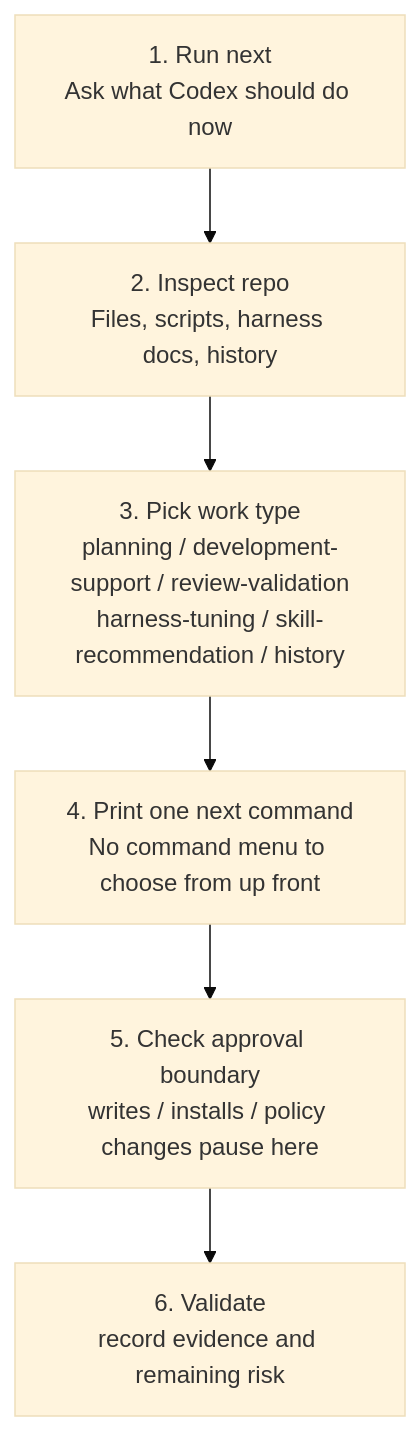
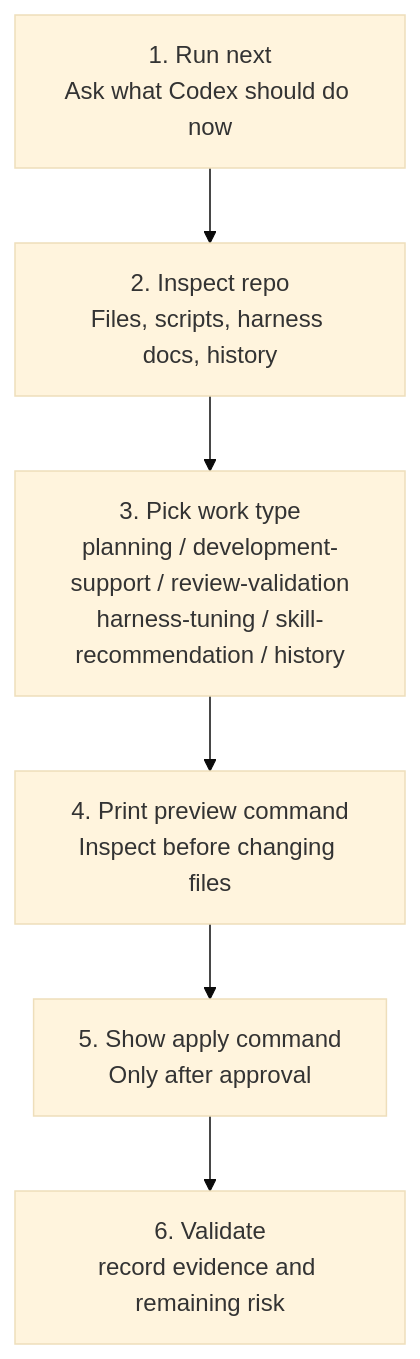
The diagram in README_EN.md (youngtae7280/repo-harness-tuner), drawn with Mermaid (base theme) before and after one commit. The commit also changed other lines of this file and 11 other files, not shown here.

Commit message:
Release v1.5.1 preview apply next UX

````diff
--- a/README_EN.md
+++ b/README_EN.md
@@ -44,8 +46,8 @@
 ```mermaid
 flowchart TD
     A["1. Run next<br/>Ask what Codex should do now"] --> B["2. Inspect repo<br/>Files, scripts, harness docs, history"]
     B --> C["3. Pick work type<br/>planning / development-support / review-validation<br/>harness-tuning / skill-recommendation / history"]
-    C --> D["4. Print one next command<br/>No command menu to choose from up front"]
-    D --> E["5. Check approval boundary<br/>writes / installs / policy changes pause here"]
+    C --> D["4. Print preview command<br/>Inspect before changing files"]
+    D --> E["5. Show apply command<br/>Only after approval"]
     E --> F["6. Validate<br/>record evidence and remaining risk"]
 ```
````
